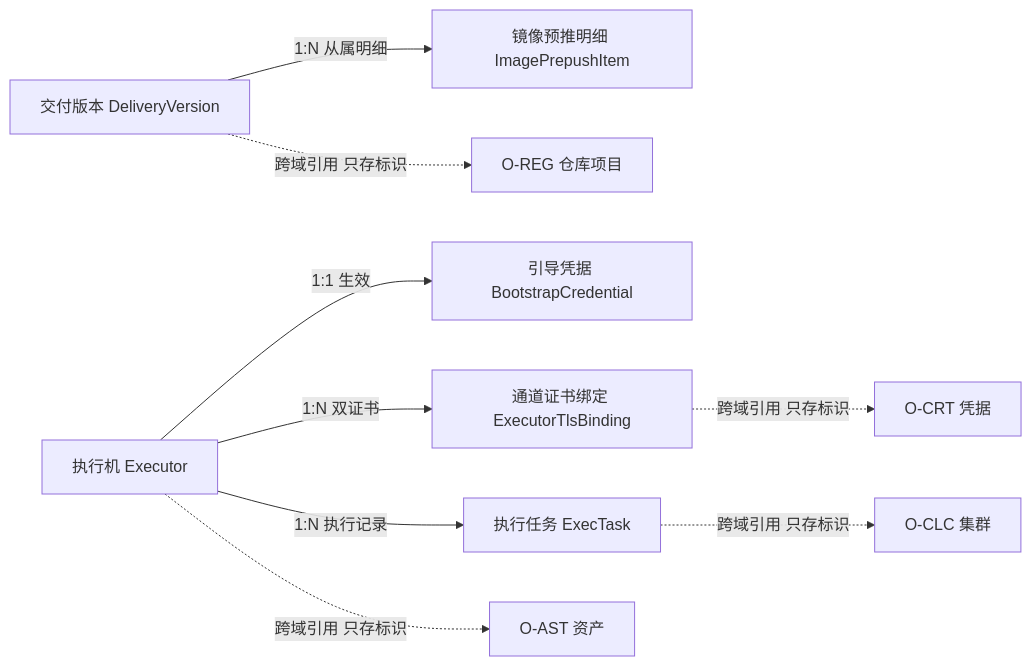
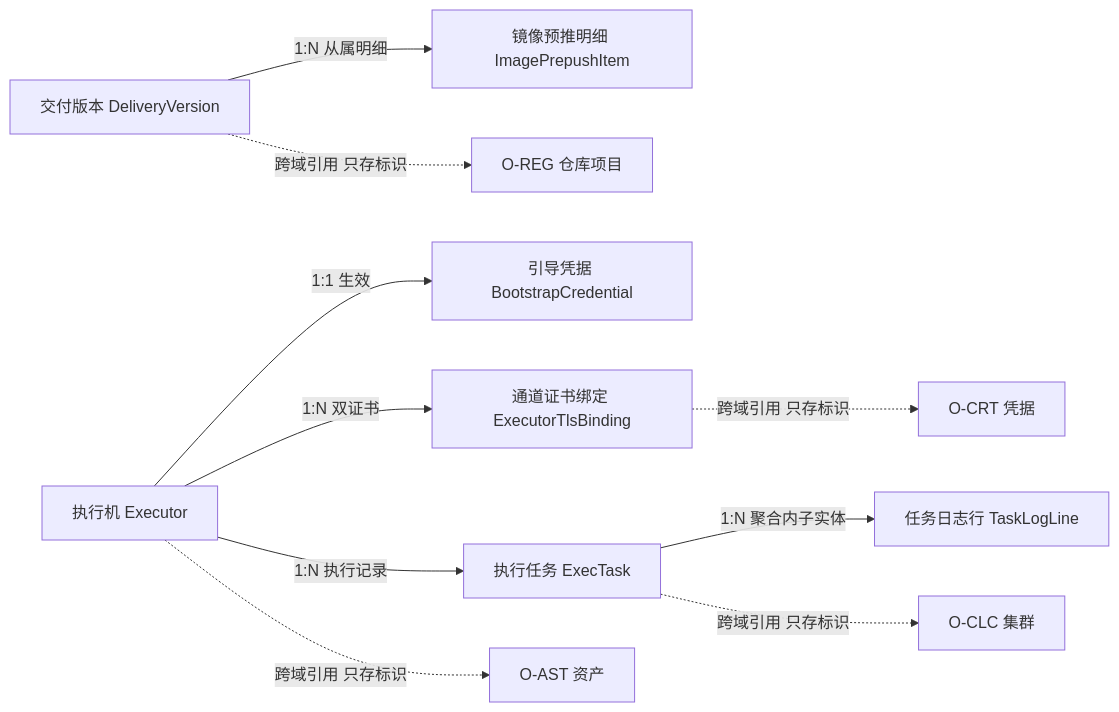
One commit to Project-Opic/opic-ign changed the first of 9 diagrams in design/spec/需求规格说明书-OPIC-交付执行域.md. Above: the diagram before and after it, drawn with Mermaid. The commit also changed other lines of this file and 54 other files, not shown here.

````diff
--- a/design/spec/需求规格说明书-OPIC-交付执行域.md
+++ b/design/spec/需求规格说明书-OPIC-交付执行域.md
@@ -393,11 +443,12 @@
 ```mermaid
 flowchart LR
     V["交付版本 DeliveryVersion"] -->|1:N 从属明细| P["镜像预推明细 ImagePrepushItem"]
     E["执行机 Executor"] -->|1:1 生效| C["引导凭据 BootstrapCredential"]
     E -->|1:N 双证书| B["通道证书绑定 ExecutorTlsBinding"]
     E -->|1:N 执行记录| T["执行任务 ExecTask"]
+    T -->|1:N 聚合内子实体| L["任务日志行 TaskLogLine"]
     V -.->|跨域引用 只存标识| R1["O-REG 仓库项目"]
     E -.->|跨域引用 只存标识| A1["O-AST 资产"]
     T -.->|跨域引用 只存标识| C1["O-CLC 集群"]
     B -.->|跨域引用 只存标识| K1["O-CRT 凭据"]
 ```
````
